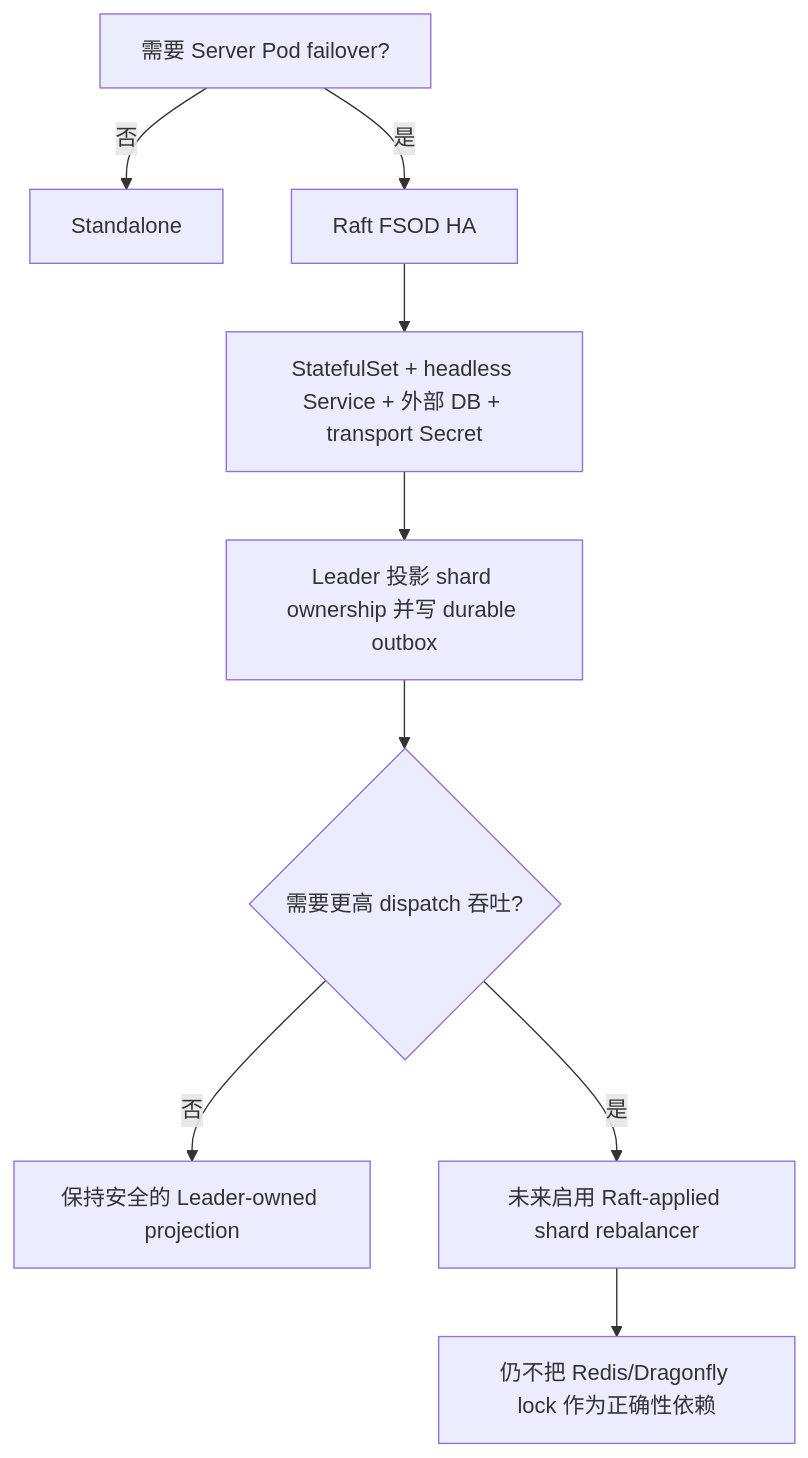
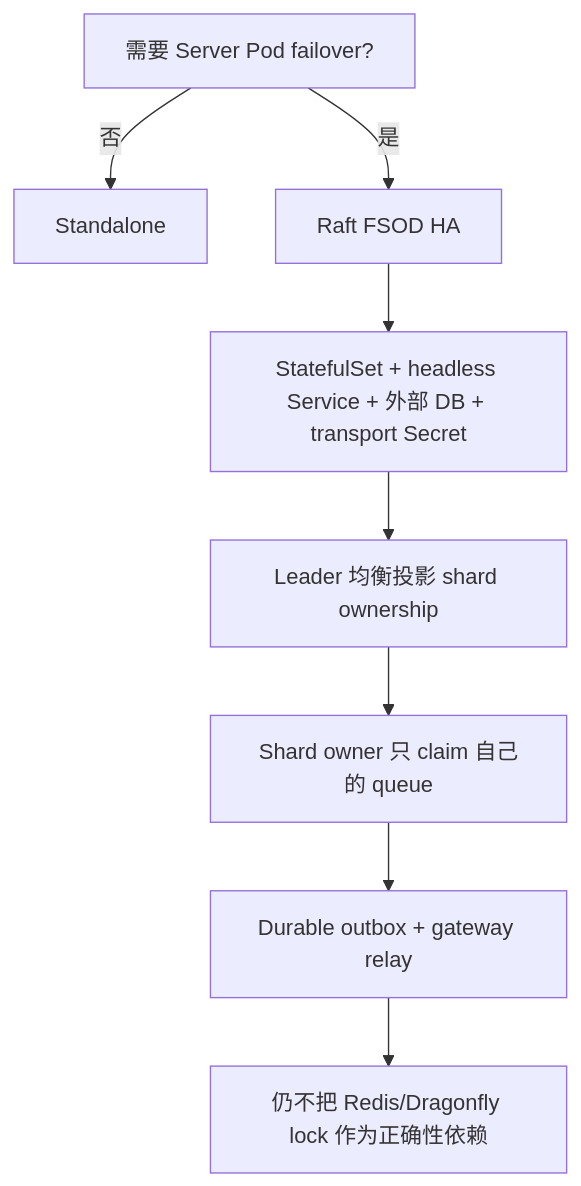
Before and after one commit to yhyzgn/tikeo: the third of 4 diagrams in docs/i18n/zh-CN/docusaurus-plugin-content-docs/current/deployment/server-ha.md, drawn with Mermaid. The commit also changed other lines of this file and 11 other files, not shown here.

First line of the commit message:
Make Raft scheduler shards multi-owner

````diff
--- a/docs/i18n/zh-CN/docusaurus-plugin-content-docs/current/deployment/server-ha.md
+++ b/docs/i18n/zh-CN/docusaurus-plugin-content-docs/current/deployment/server-ha.md
@@ -113,11 +113,10 @@
 ```mermaid
 flowchart TD
   A[需要 Server Pod failover?] -->|否| B[Standalone]
   A -->|是| C[Raft FSOD HA]
   C --> D[StatefulSet + headless Service + 外部 DB + transport Secret]
-  D --> E[Leader 投影 shard ownership 并写 durable outbox]
-  E --> F{需要更高 dispatch 吞吐?}
-  F -->|否| G[保持安全的 Leader-owned projection]
-  F -->|是| H[未来启用 Raft-applied shard rebalancer]
-  H --> I[仍不把 Redis/Dragonfly lock 作为正确性依赖]
+  D --> E[Leader 均衡投影 shard ownership]
+  E --> F[Shard owner 只 claim 自己的 queue]
+  F --> G[Durable outbox + gateway relay]
+  G --> H[仍不把 Redis/Dragonfly lock 作为正确性依赖]
 ```
````
